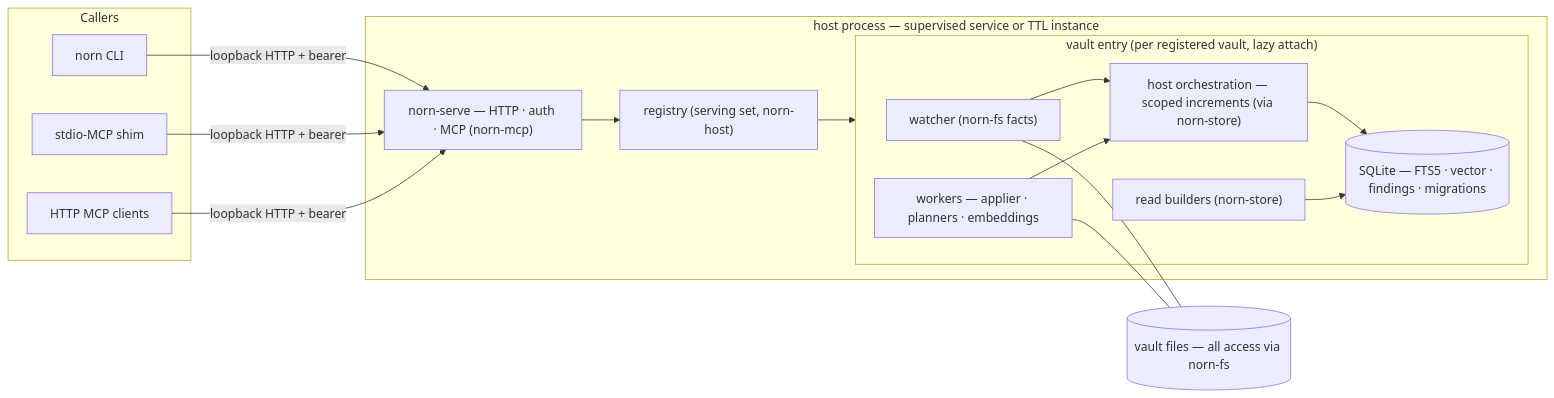
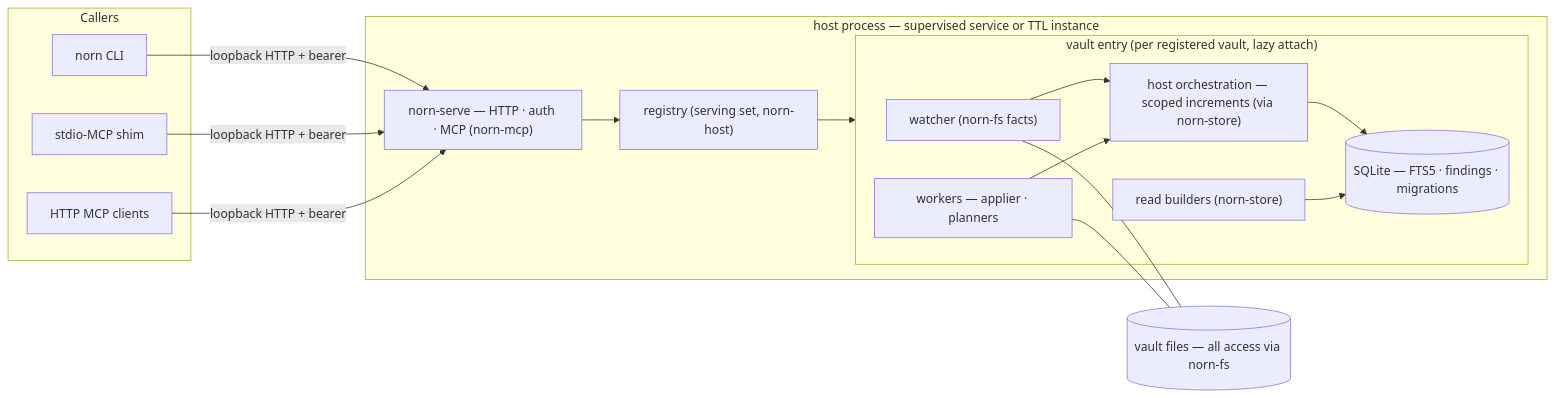
The second of 3 diagrams in docs/architecture.md (dbtlr/norn-next), drawn with Mermaid before and after one commit. The commit also changed other lines of this file and 18 other files, not shown here.

````diff
--- a/docs/architecture.md
+++ b/docs/architecture.md
@@ -1103,23 +1109,23 @@
 ```mermaid
 graph LR
   subgraph callers["Callers"]
     cli["norn CLI"]
     shim["stdio-MCP shim"]
     agents["HTTP MCP clients"]
   end
   cli -- "loopback HTTP + bearer" --> api
   shim -- "loopback HTTP + bearer" --> api
   agents -- "loopback HTTP + bearer" --> api
   subgraph hostp["host process — supervised service or TTL instance"]
     api["norn-serve — HTTP · auth · MCP (norn-mcp)"] --> reg["registry (serving set, norn-host)"]
     reg --> v1
     subgraph v1["vault entry (per registered vault, lazy attach)"]
       watcher["watcher (norn-fs facts)"] --> orch["host orchestration — scoped increments (via norn-store)"]
-      workers["workers — applier · planners · embeddings"] --> orch
-      orch --> db[("SQLite — FTS5 · vector · findings · migrations")]
+      workers["workers — applier · planners"] --> orch
+      orch --> db[("SQLite — FTS5 · findings · migrations")]
       reads["read builders (norn-store)"] --> db
     end
   end
   watcher --- files[("vault files — all access via norn-fs")]
   workers --- files
 ```
````
